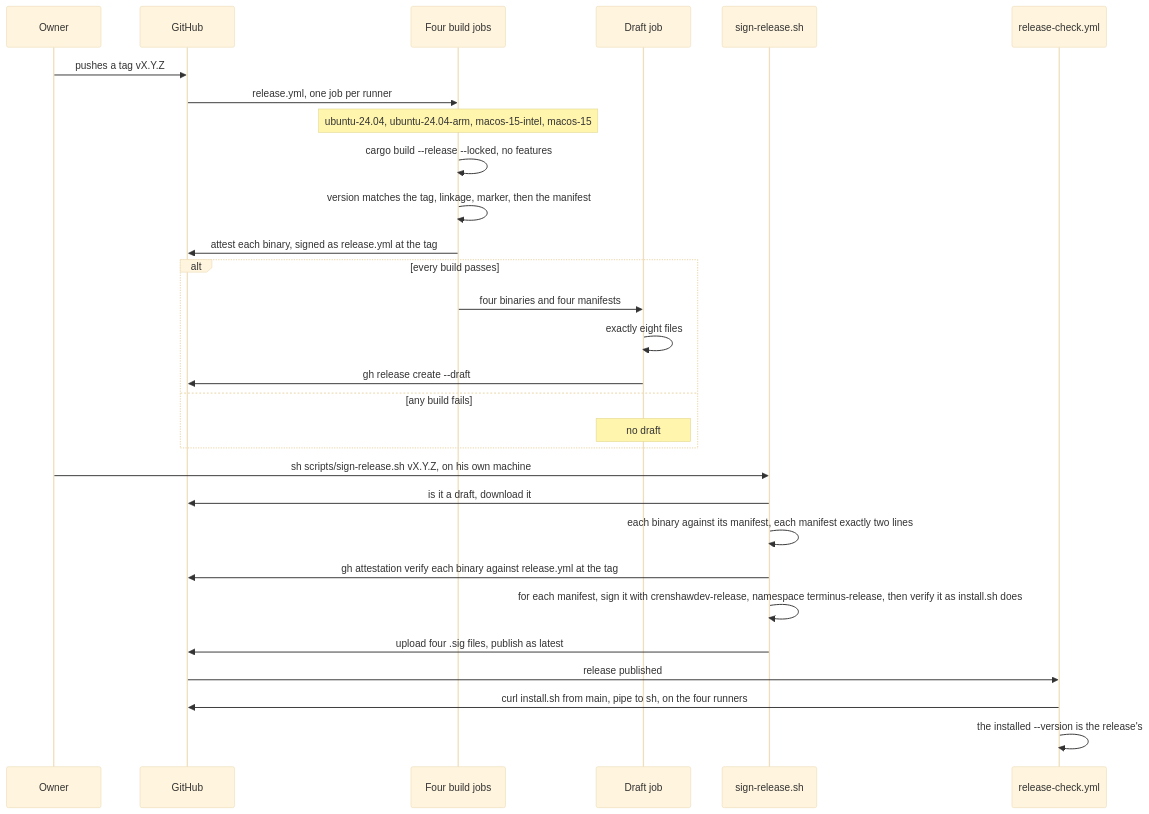
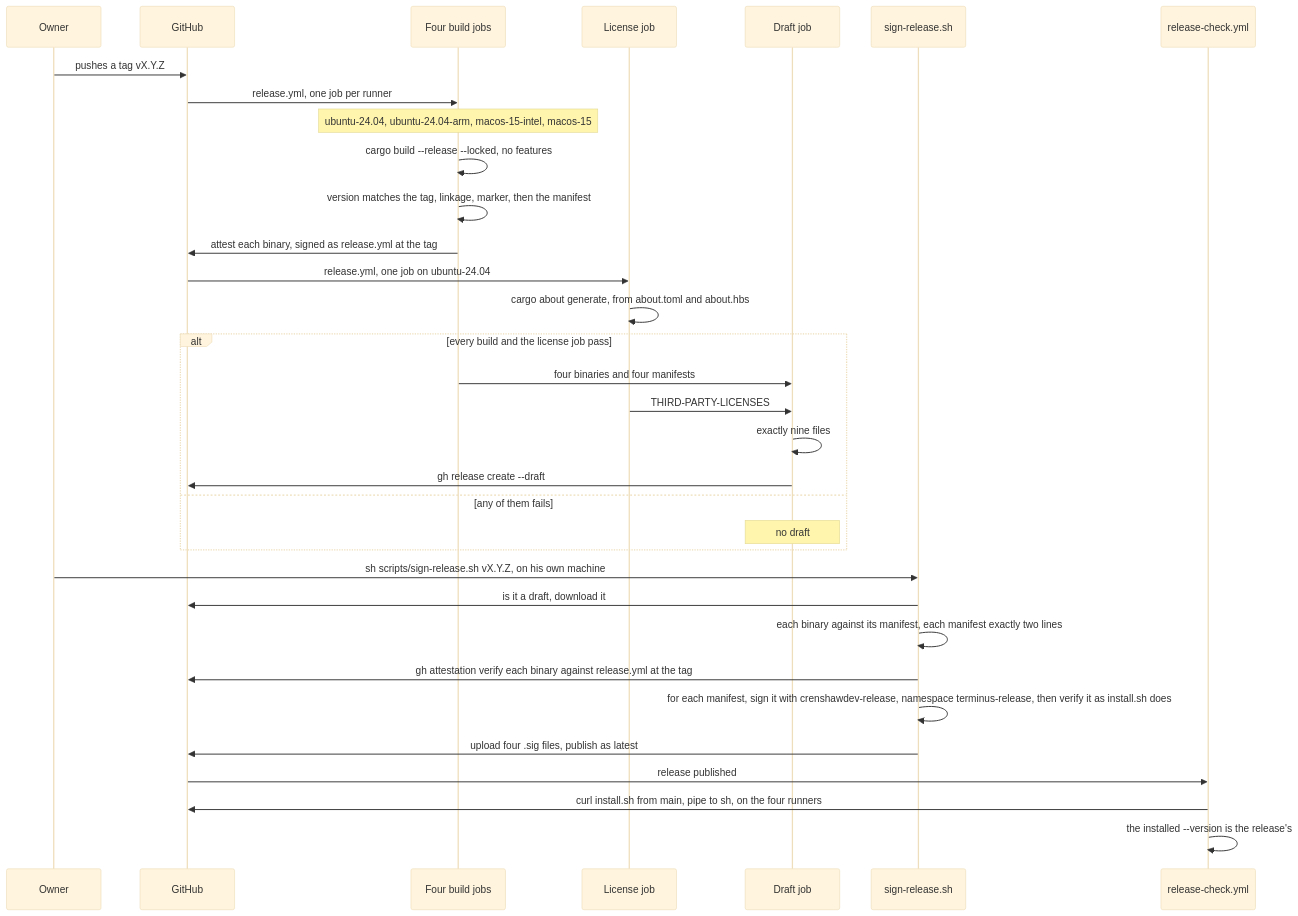
One commit to crenshawdev/terminus changed the first of 2 diagrams in docs/design/0008-install-and-release.md. Above: the diagram before and after it, drawn with Mermaid (base theme). The commit also changed other lines of this file and 5 other files, not shown here.

First line of the commit message:
ci(release): attach third-party license notices to every release

````diff
--- a/docs/design/0008-install-and-release.md
+++ b/docs/design/0008-install-and-release.md
@@ -122,31 +123,35 @@
 ```mermaid
 sequenceDiagram
   participant O as Owner
   participant GH as GitHub
   participant B as Four build jobs
+  participant L as License job
   participant D as Draft job
   participant S as sign-release.sh
   participant RC as release-check.yml
   O->>GH: pushes a tag vX.Y.Z
   GH->>B: release.yml, one job per runner
   Note over B: ubuntu-24.04, ubuntu-24.04-arm, macos-15-intel, macos-15
   B->>B: cargo build --release --locked, no features
   B->>B: version matches the tag, linkage, marker, then the manifest
   B->>GH: attest each binary, signed as release.yml at the tag
-  alt every build passes
+  GH->>L: release.yml, one job on ubuntu-24.04
+  L->>L: cargo about generate, from about.toml and about.hbs
+  alt every build and the license job pass
     B->>D: four binaries and four manifests
-    D->>D: exactly eight files
+    L->>D: THIRD-PARTY-LICENSES
+    D->>D: exactly nine files
     D->>GH: gh release create --draft
-  else any build fails
+  else any of them fails
     Note over D: no draft
   end
   O->>S: sh scripts/sign-release.sh vX.Y.Z, on his own machine
   S->>GH: is it a draft, download it
   S->>S: each binary against its manifest, each manifest exactly two lines
   S->>GH: gh attestation verify each binary against release.yml at the tag
   S->>S: for each manifest, sign it with crenshawdev-release, namespace terminus-release, then verify it as install.sh does
   S->>GH: upload four .sig files, publish as latest
   GH->>RC: release published
   RC->>GH: curl install.sh from main, pipe to sh, on the four runners
   RC->>RC: the installed --version is the release's
 ```
````
